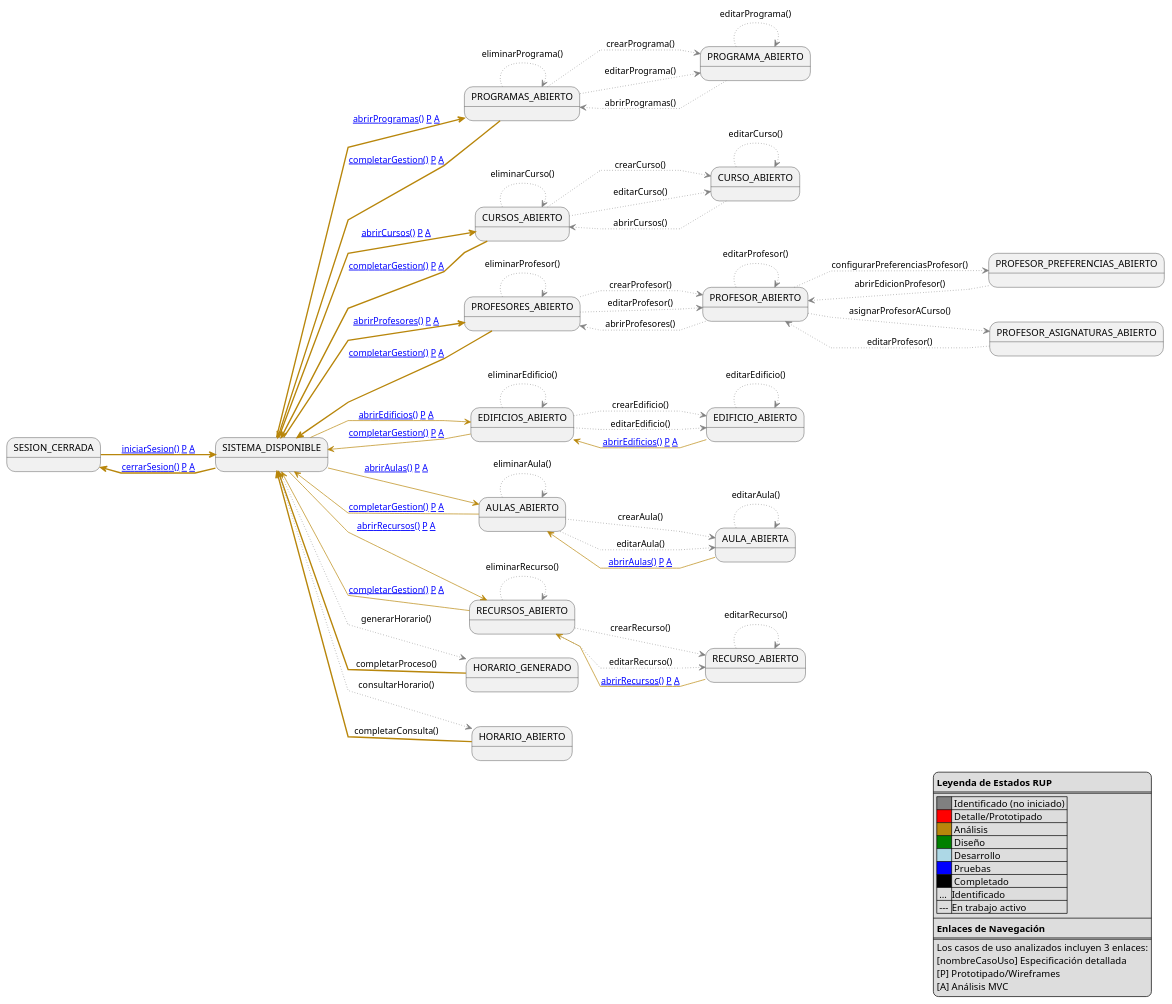
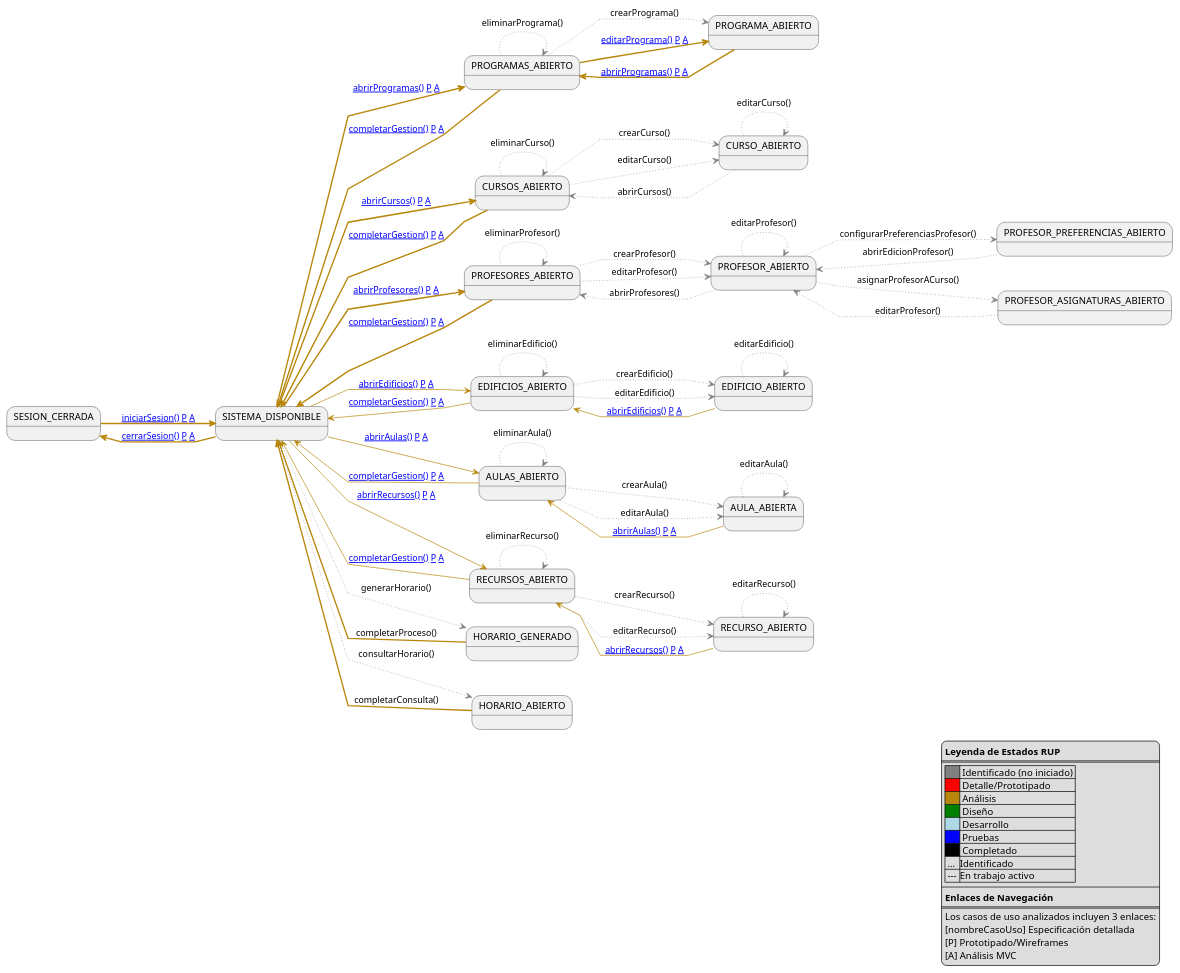
One commit to Hexcss/scheduler changed the diagram in RUP/99-seguimiento/diagrama-contexto-administrador.puml. Above: the diagram before and after it, drawn with PlantUML. The commit also changed 11 other files, not shown here.

Commit message:
docs(editarPrograma): agregar especificación detallada del caso de uso, prototipo y análisis

```diff
--- a/RUP/99-seguimiento/diagrama-contexto-administrador.puml
+++ b/RUP/99-seguimiento/diagrama-contexto-administrador.puml
@@ -1,103 +1,102 @@
 @startuml diagrama-contexto-administrador
 
 left to right direction
 skinparam linetype polyline
 
 legend bottom right
     **Leyenda de Estados RUP**
     ====
     |<#gray>     | Identificado (no iniciado) |
     |<#red>      | Detalle/Prototipado |
     |<#darkgoldenrod>| Análisis |
     |<#green>    | Diseño |
     |<#lightblue>| Desarrollo |
     |<#blue>     | Pruebas |
     |<#black>    | Completado |
     | ... |Identificado|
     | --- |En trabajo activo|
     ----
     **Enlaces de Navegación**
     ====
     Los casos de uso analizados incluyen 3 enlaces:
     [nombreCasoUso] Especificación detallada
     [P] Prototipado/Wireframes  
     [A] Análisis MVC
 end legend
 
 state "SESION_CERRADA" as NoAuth
 state "SISTEMA_DISPONIBLE" as Menu
 
 state "PROGRAMAS_ABIERTO" as ListProgramas
 state "PROGRAMA_ABIERTO" as EditPrograma
 state "CURSOS_ABIERTO" as ListCursos
 state "CURSO_ABIERTO" as EditCurso
 state "PROFESORES_ABIERTO" as ListProfesores
 state "PROFESOR_ABIERTO" as EditProfesor
 state "PROFESOR_PREFERENCIAS_ABIERTO" as EditProfesorPreferencias
 state "EDIFICIOS_ABIERTO" as ListEdificios
 state "EDIFICIO_ABIERTO" as EditEdificio
 state "AULAS_ABIERTO" as ListAulas
 state "AULA_ABIERTA" as EditAula
 state "RECURSOS_ABIERTO" as ListRecursos
 state "RECURSO_ABIERTO" as EditRecurso
 
 state "PROFESOR_ASIGNATURAS_ABIERTO" as Asignaciones
 state "HORARIO_GENERADO" as Generacion
 state "HORARIO_ABIERTO" as Consulta
 
 NoAuth -[#darkgoldenrod,thickness=2]-> Menu: [[https://github.com/mmasias/pySigHor/blob/main/RUP/00-casos-uso/02-detalle/iniciarSesion/README.md iniciarSesion()]] [[https://github.com/mmasias/pySigHor/blob/main/RUP/00-casos-uso/02-detalle/iniciarSesion/prototipo.puml P]] [[https://github.com/mmasias/pySigHor/blob/main/RUP/01-analisis/casos-uso/iniciarSesion/README.md A]]
 
 Menu -[#darkgoldenrod,thickness=2]-> NoAuth: [[https://github.com/mmasias/pySigHor/blob/main/RUP/00-casos-uso/02-detalle/cerrarSesion/README.md cerrarSesion()]] [[https://github.com/mmasias/pySigHor/blob/main/RUP/00-casos-uso/02-detalle/cerrarSesion/prototipo.puml P]] [[https://github.com/mmasias/pySigHor/blob/main/RUP/01-analisis/casos-uso/cerrarSesion/README.md A]]
 Menu -[#darkgoldenrod,thickness=2]-> ListProgramas: [[https://github.com/mmasias/pySigHor/blob/main/RUP/00-casos-uso/02-detalle/abrirProgramas/README.md abrirProgramas()]] [[https://github.com/mmasias/pySigHor/blob/main/RUP/00-casos-uso/02-detalle/abrirProgramas/prototipo.puml P]] [[https://github.com/mmasias/pySigHor/blob/main/RUP/01-analisis/casos-uso/abrirProgramas/README.md A]]
 Menu -[#darkgoldenrod,thickness=2]-> ListCursos: [[https://github.com/mmasias/pySigHor/blob/main/RUP/00-casos-uso/02-detalle/abrirCursos/README.md abrirCursos()]] [[https://github.com/mmasias/pySigHor/blob/main/RUP/00-casos-uso/02-detalle/abrirCursos/prototipo.puml P]] [[https://github.com/mmasias/pySigHor/blob/main/RUP/01-analisis/casos-uso/abrirCursos/README.md A]]
 Menu -[#darkgoldenrod,thickness=2]-> ListProfesores: [[https://github.com/mmasias/pySigHor/blob/main/RUP/00-casos-uso/02-detalle/abrirProfesores/README.md abrirProfesores()]] [[https://github.com/mmasias/pySigHor/blob/main/RUP/00-casos-uso/02-detalle/abrirProfesores/prototipo.puml P]] [[https://github.com/mmasias/pySigHor/blob/main/RUP/01-analisis/casos-uso/abrirProfesores/README.md A]]
 Menu -[#darkgoldenrod]-> ListEdificios: [[https://github.com/mmasias/pySigHor/blob/main/RUP/00-casos-uso/02-detalle/abrirEdificios/README.md abrirEdificios()]] [[https://github.com/mmasias/pySigHor/blob/main/RUP/00-casos-uso/02-detalle/abrirEdificios/prototipo.puml P]] [[https://github.com/mmasias/pySigHor/blob/main/RUP/01-analisis/casos-uso/abrirEdificios/README.md A]]
 Menu -[#darkgoldenrod]-> ListAulas: [[https://github.com/mmasias/pySigHor/blob/main/RUP/00-casos-uso/02-detalle/abrirAulas/README.md abrirAulas()]] [[https://github.com/mmasias/pySigHor/blob/main/RUP/00-casos-uso/02-detalle/abrirAulas/prototipo.puml P]] [[https://github.com/mmasias/pySigHor/blob/main/RUP/01-analisis/casos-uso/abrirAulas/README.md A]]
 Menu -[#darkgoldenrod]-> ListRecursos: [[https://github.com/mmasias/pySigHor/blob/main/RUP/00-casos-uso/02-detalle/abrirRecursos/README.md abrirRecursos()]] [[https://github.com/mmasias/pySigHor/blob/main/RUP/00-casos-uso/02-detalle/abrirRecursos/prototipo.puml P]] [[https://github.com/mmasias/pySigHor/blob/main/RUP/01-analisis/casos-uso/abrirRecursos/README.md A]]
 Menu -[#gray,dotted]-> Generacion: generarHorario()
 Menu -[#gray,dotted]-> Consulta: consultarHorario()
 
 EditProfesor -[#gray,dotted]-> Asignaciones: asignarProfesorACurso()
 
 Asignaciones -[#gray,dotted]-> EditProfesor: editarProfesor()
 ListProgramas -[#gray,dotted]-> EditPrograma: crearPrograma()
-ListProgramas -[#gray,dotted]-> EditPrograma: editarPrograma()
+ListProgramas -[#darkgoldenrod,thickness=2]-> EditPrograma: [[https://github.com/mmasias/pySigHor/blob/main/RUP/00-casos-uso/02-detalle/editarPrograma/README.md editarPrograma()]] [[https://github.com/mmasias/pySigHor/blob/main/RUP/00-casos-uso/02-detalle/editarPrograma/prototipo.puml P]] [[https://github.com/mmasias/pySigHor/blob/main/RUP/01-analisis/casos-uso/editarPrograma/README.md A]]
 ListProgramas -[#gray,dotted]-> ListProgramas: eliminarPrograma()
-EditPrograma -[#gray,dotted]-> EditPrograma: editarPrograma()
-EditPrograma -[#gray,dotted]-> ListProgramas: abrirProgramas()
+EditPrograma -[#darkgoldenrod,thickness=2]-> ListProgramas: [[https://github.com/mmasias/pySigHor/blob/main/RUP/00-casos-uso/02-detalle/abrirProgramas/README.md abrirProgramas()]] [[https://github.com/mmasias/pySigHor/blob/main/RUP/00-casos-uso/02-detalle/abrirProgramas/prototipo.puml P]] [[https://github.com/mmasias/pySigHor/blob/main/RUP/01-analisis/casos-uso/abrirProgramas/README.md A]]
 ListCursos -[#gray,dotted]-> EditCurso: crearCurso()
 ListCursos -[#gray,dotted]-> EditCurso: editarCurso()
 ListCursos -[#gray,dotted]-> ListCursos: eliminarCurso()
 EditCurso -[#gray,dotted]-> EditCurso: editarCurso()
 EditCurso -[#gray,dotted]-> ListCursos: abrirCursos()
 ListProfesores -[#gray,dotted]-> EditProfesor: crearProfesor()
 ListProfesores -[#gray,dotted]-> EditProfesor: editarProfesor()
 ListProfesores -[#gray,dotted]-> ListProfesores: eliminarProfesor()
 EditProfesor -[#gray,dotted]-> EditProfesor: editarProfesor()
 EditProfesor -[#gray,dotted]-> EditProfesorPreferencias: configurarPreferenciasProfesor()
 EditProfesor -[#gray,dotted]-> ListProfesores: abrirProfesores()
 EditProfesorPreferencias -[#gray,dotted]-> EditProfesor: abrirEdicionProfesor()
 ListEdificios -[#gray,dotted]-> EditEdificio: crearEdificio()
 ListEdificios -[#gray,dotted]-> EditEdificio: editarEdificio()
 ListEdificios -[#gray,dotted]-> ListEdificios: eliminarEdificio()
 EditEdificio -[#gray,dotted]-> EditEdificio: editarEdificio()
 EditEdificio -[#darkgoldenrod]-> ListEdificios: [[https://github.com/mmasias/pySigHor/blob/main/RUP/00-casos-uso/02-detalle/abrirEdificios/README.md abrirEdificios()]] [[https://github.com/mmasias/pySigHor/blob/main/RUP/00-casos-uso/02-detalle/abrirEdificios/prototipo.puml P]] [[https://github.com/mmasias/pySigHor/blob/main/RUP/01-analisis/casos-uso/abrirEdificios/README.md A]]
 ListAulas -[#gray,dotted]-> EditAula: crearAula()
 ListAulas -[#gray,dotted]-> EditAula: editarAula()
 ListAulas -[#gray,dotted]-> ListAulas: eliminarAula()
 EditAula -[#gray,dotted]-> EditAula: editarAula()
 EditAula -[#darkgoldenrod]-> ListAulas: [[https://github.com/mmasias/pySigHor/blob/main/RUP/00-casos-uso/02-detalle/abrirAulas/README.md abrirAulas()]] [[https://github.com/mmasias/pySigHor/blob/main/RUP/00-casos-uso/02-detalle/abrirAulas/prototipo.puml P]] [[https://github.com/mmasias/pySigHor/blob/main/RUP/01-analisis/casos-uso/abrirAulas/README.md A]]
 ListRecursos -[#gray,dotted]-> EditRecurso: crearRecurso()
 ListRecursos -[#gray,dotted]-> EditRecurso: editarRecurso()
 ListRecursos -[#gray,dotted]-> ListRecursos: eliminarRecurso()
 EditRecurso -[#gray,dotted]-> EditRecurso: editarRecurso()
 EditRecurso -[#darkgoldenrod]-> ListRecursos: [[https://github.com/mmasias/pySigHor/blob/main/RUP/00-casos-uso/02-detalle/abrirRecursos/README.md abrirRecursos()]] [[https://github.com/mmasias/pySigHor/blob/main/RUP/00-casos-uso/02-detalle/abrirRecursos/prototipo.puml P]] [[https://github.com/mmasias/pySigHor/blob/main/RUP/01-analisis/casos-uso/abrirRecursos/README.md A]]
 ListProgramas -[#darkgoldenrod,thickness=2]-> Menu: [[https://github.com/mmasias/pySigHor/blob/main/RUP/00-casos-uso/02-detalle/completarGestion/README.md completarGestion()]] [[https://github.com/mmasias/pySigHor/blob/main/RUP/00-casos-uso/02-detalle/completarGestion/prototipo.puml P]] [[https://github.com/mmasias/pySigHor/blob/main/RUP/01-analisis/casos-uso/completarGestion/README.md A]]
 ListCursos -[#darkgoldenrod,thickness=2]-> Menu: [[https://github.com/mmasias/pySigHor/blob/main/RUP/00-casos-uso/02-detalle/completarGestion/README.md completarGestion()]] [[https://github.com/mmasias/pySigHor/blob/main/RUP/00-casos-uso/02-detalle/completarGestion/prototipo.puml P]] [[https://github.com/mmasias/pySigHor/blob/main/RUP/01-analisis/casos-uso/completarGestion/README.md A]]
 ListProfesores -[#darkgoldenrod,thickness=2]-> Menu: [[https://github.com/mmasias/pySigHor/blob/main/RUP/00-casos-uso/02-detalle/completarGestion/README.md completarGestion()]] [[https://github.com/mmasias/pySigHor/blob/main/RUP/00-casos-uso/02-detalle/completarGestion/prototipo.puml P]] [[https://github.com/mmasias/pySigHor/blob/main/RUP/01-analisis/casos-uso/completarGestion/README.md A]]
 ListEdificios -[#darkgoldenrod]-> Menu: [[https://github.com/mmasias/pySigHor/blob/main/RUP/00-casos-uso/02-detalle/completarGestion/README.md completarGestion()]] [[https://github.com/mmasias/pySigHor/blob/main/RUP/00-casos-uso/02-detalle/completarGestion/prototipo.puml P]] [[https://github.com/mmasias/pySigHor/blob/main/RUP/01-analisis/casos-uso/completarGestion/README.md A]]
 ListAulas -[#darkgoldenrod]-> Menu: [[https://github.com/mmasias/pySigHor/blob/main/RUP/00-casos-uso/02-detalle/completarGestion/README.md completarGestion()]] [[https://github.com/mmasias/pySigHor/blob/main/RUP/00-casos-uso/02-detalle/completarGestion/prototipo.puml P]] [[https://github.com/mmasias/pySigHor/blob/main/RUP/01-analisis/casos-uso/completarGestion/README.md A]]
 ListRecursos -[#darkgoldenrod]-> Menu: [[https://github.com/mmasias/pySigHor/blob/main/RUP/00-casos-uso/02-detalle/completarGestion/README.md completarGestion()]] [[https://github.com/mmasias/pySigHor/blob/main/RUP/00-casos-uso/02-detalle/completarGestion/prototipo.puml P]] [[https://github.com/mmasias/pySigHor/blob/main/RUP/01-analisis/casos-uso/completarGestion/README.md A]]
 Generacion -[#darkgoldenrod,thickness=2]-> Menu: completarProceso()
 Consulta -[#darkgoldenrod,thickness=2]-> Menu: completarConsulta()
 @enduml
```
